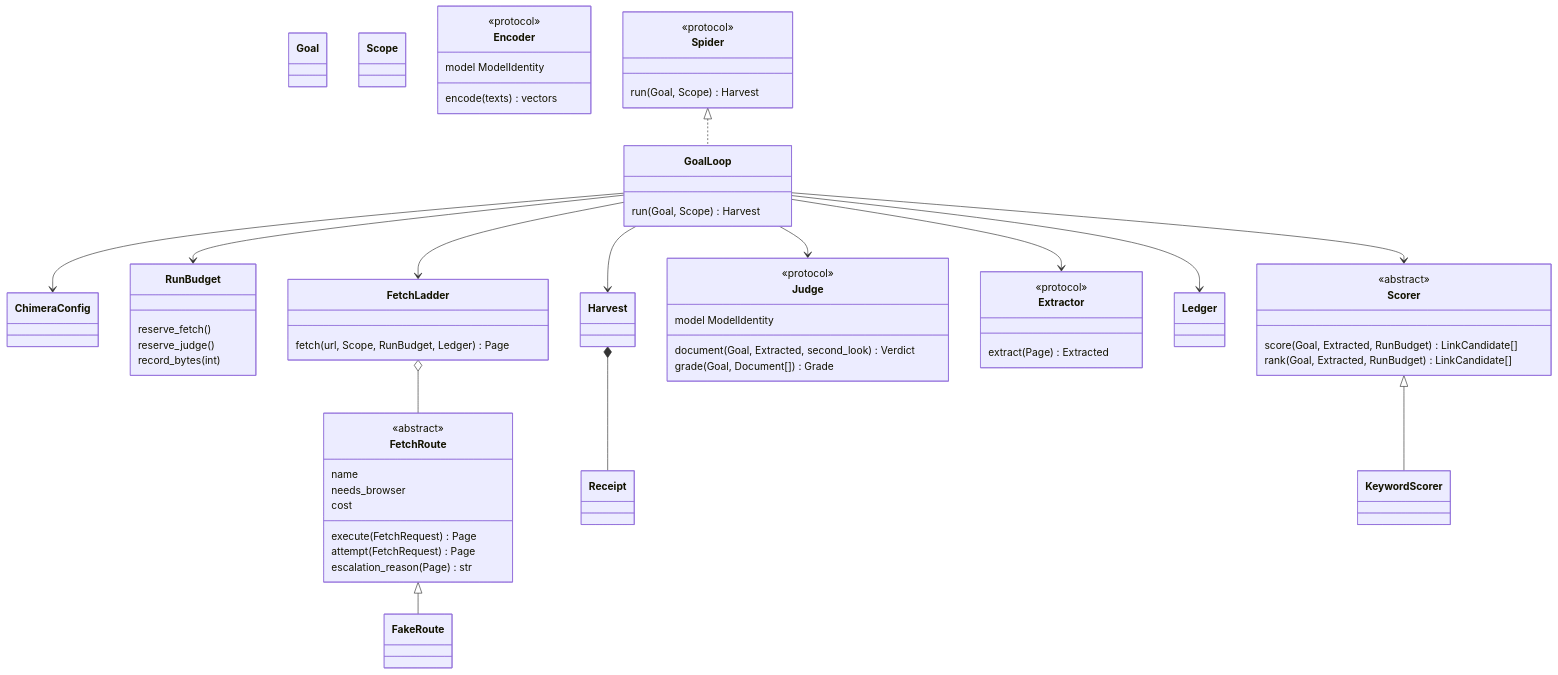
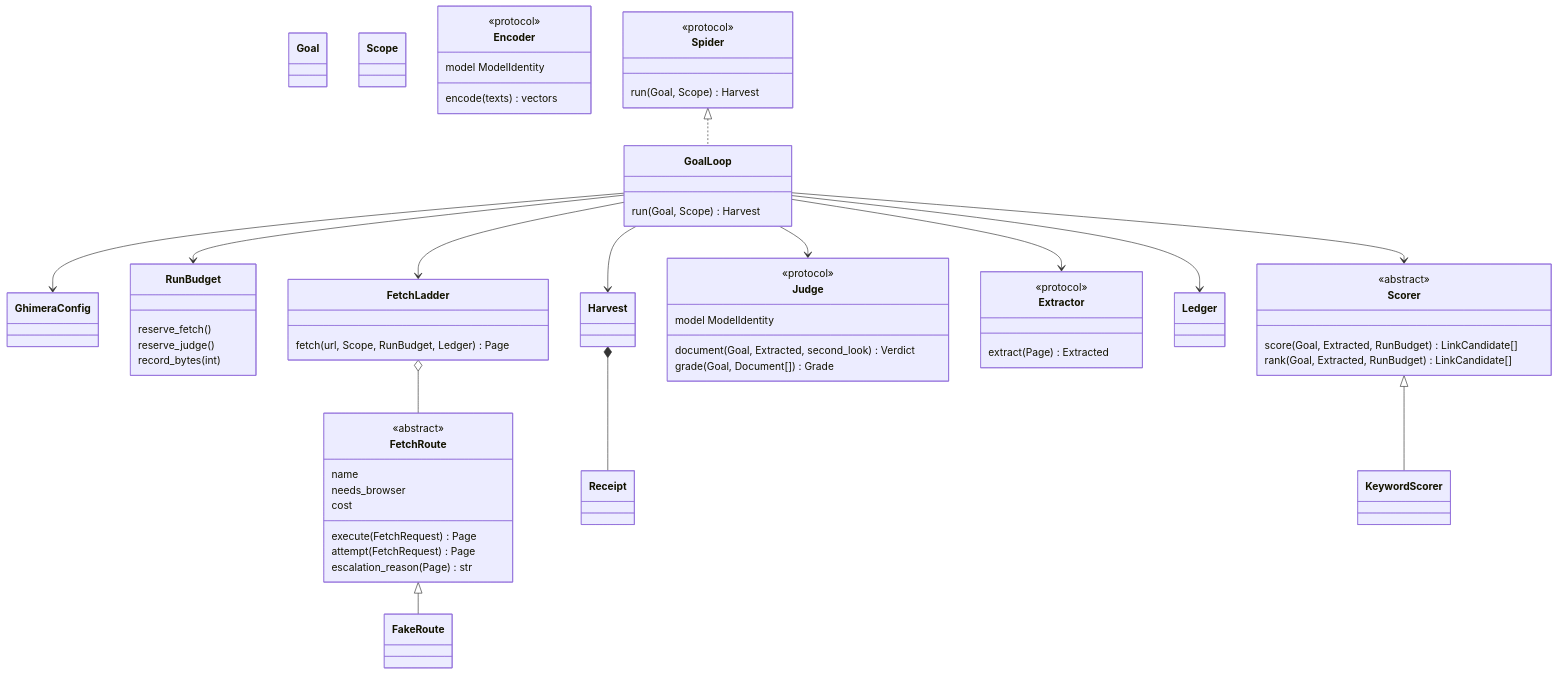
Before and after one commit to ginkorea/ghimera: the diagram in docs/C0.md, drawn with Mermaid. The commit also changed 181 other files, not shown here.

````diff
--- a/docs/C0.md
+++ b/docs/C0.md
@@ -14,68 +14,68 @@
 ```mermaid
 classDiagram
-    class ChimeraConfig
+    class GhimeraConfig
     class Goal
     class Scope
     class GoalLoop {
         run(Goal, Scope) Harvest
     }
     class RunBudget {
         reserve_fetch()
         reserve_judge()
         record_bytes(int)
     }
     class FetchLadder {
         fetch(url, Scope, RunBudget, Ledger) Page
     }
     class FetchRoute {
         <<abstract>>
         name
         needs_browser
         cost
         execute(FetchRequest) Page
         attempt(FetchRequest) Page
         escalation_reason(Page) str
     }
     class Scorer {
         <<abstract>>
         score(Goal, Extracted, RunBudget) LinkCandidate[]
         rank(Goal, Extracted, RunBudget) LinkCandidate[]
     }
     class Judge {
         <<protocol>>
         model ModelIdentity
         document(Goal, Extracted, second_look) Verdict
         grade(Goal, Document[]) Grade
     }
     class Encoder {
         <<protocol>>
         model ModelIdentity
         encode(texts) vectors
     }
     class Extractor {
         <<protocol>>
         extract(Page) Extracted
     }
     class Spider {
         <<protocol>>
         run(Goal, Scope) Harvest
     }
     class Ledger
     class Harvest
     class Receipt
     class FakeRoute
     class KeywordScorer
     FetchRoute <|-- FakeRoute
     Scorer <|-- KeywordScorer
     Spider <|.. GoalLoop
-    GoalLoop --> ChimeraConfig
+    GoalLoop --> GhimeraConfig
     GoalLoop --> RunBudget
     GoalLoop --> FetchLadder
     GoalLoop --> Extractor
     GoalLoop --> Scorer
     GoalLoop --> Judge
     GoalLoop --> Ledger
     GoalLoop --> Harvest
     FetchLadder o-- FetchRoute
     Harvest *-- Receipt
 ```
````
